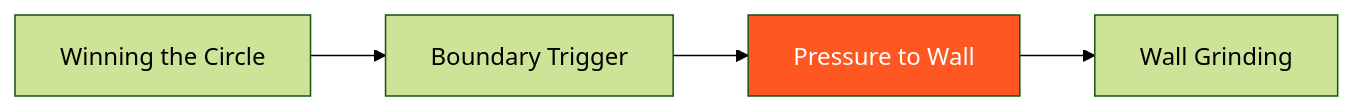
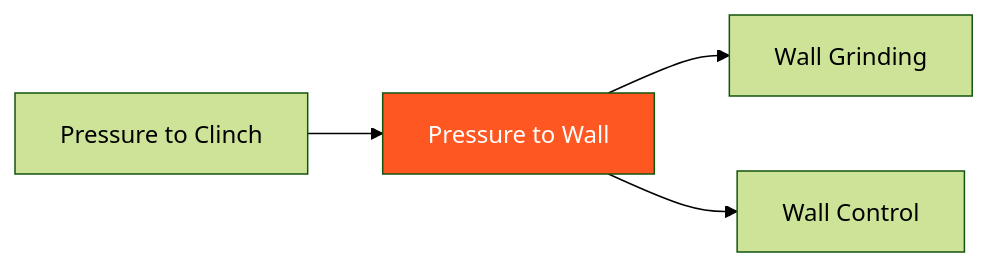
The diagram in docs/games/pressure-to-wall.md (ACalienes/Ecological-MMA-Game-System), drawn with Mermaid (forest theme) before and after one commit. The commit also changed other lines of this file and 62 other files, not shown here.

````diff
--- a/docs/games/pressure-to-wall.md
+++ b/docs/games/pressure-to-wall.md
@@ -152,8 +290,8 @@
 ```mermaid
 flowchart LR
-    A[Winning the Circle] --> B[Boundary Trigger]
-    B --> C[Pressure to Wall]
-    C --> D[Wall Grinding]
+    A[Pressure to Clinch] --> B[Pressure to Wall]
+    B --> C[Wall Grinding]
+    B --> D[Wall Control]
 
-    style C fill:#FF5722,color:#fff
+    style B fill:#FF5722,color:#fff
 ```
````
